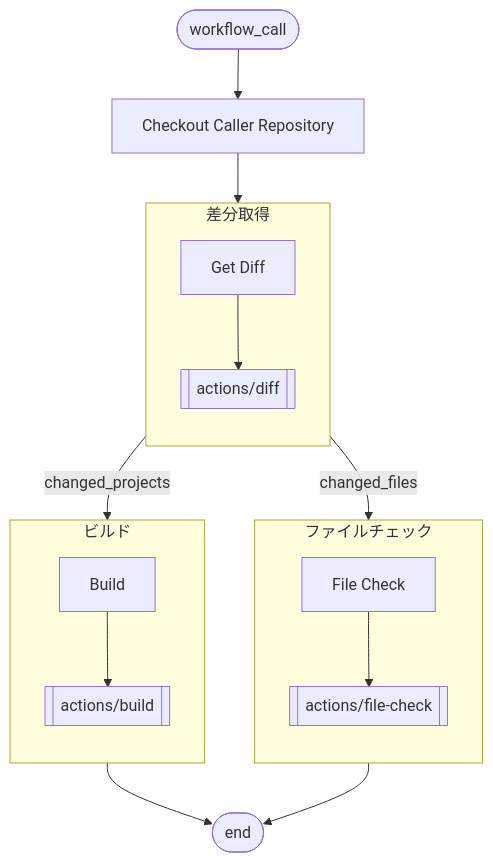
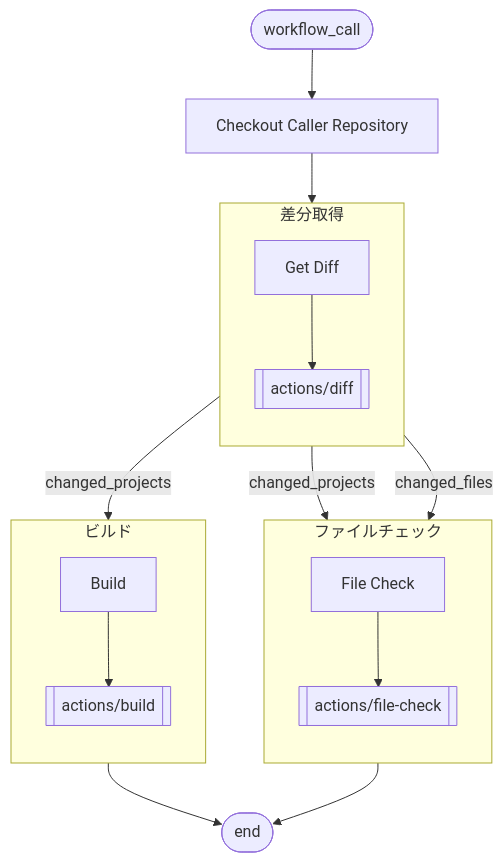
One commit to wiseman-fukushi2-trial/actions changed the diagram in docs/toko/index.md. Above: the diagram before and after it, drawn with Mermaid.

````diff
--- a/docs/toko/index.md
+++ b/docs/toko/index.md
@@ -7,47 +7,52 @@
 ```mermaid
 flowchart TD
     Start([workflow_call])
     Checkout[Checkout Caller Repository]
     
     DiffGroup[差分取得]
     Diff[Get Diff]
     diff[[actions/diff]]
-    click DiffGroup "https://github.com/wiseman-fukushi-dev/rv1.actions/blob/main/.github/workflows/toko.yml#L18" "差分取得"
-    click Diff "https://github.com/wiseman-fukushi-dev/rv1.actions/blob/main/.github/workflows/toko.yml#L18" "Get Diff"
-    click diff "https://github.com/wiseman-fukushi-dev/rv1.actions/tree/main/actions/diff" "actions/diff"
     
     BuildGroup[ビルド]
     Build[Build]
     build[[actions/build]]
     
     FileCheckGroup[ファイルチェック]
     FileCheck[File Check]
     filecheck[[actions/file-check]]
     End([end])
     
     Start --> Checkout
     
     Checkout --> DiffGroup
     
     subgraph DiffGroup[差分取得]
     direction TB
     Diff --> diff
     end
     
     DiffGroup -- changed_projects --> BuildGroup
     
     subgraph BuildGroup[ビルド]
     direction TB
     Build --> build
     end
     
+    DiffGroup -- changed_projects --> FileCheckGroup
     DiffGroup -- changed_files --> FileCheckGroup
     
     subgraph FileCheckGroup[ファイルチェック]
     direction TB
     FileCheck --> filecheck
     end
     
     BuildGroup --> End
     FileCheckGroup --> End
+    
+    click Diff "https://github.com/wiseman-fukushi-dev/rv1.actions/blob/main/.github/workflows/toko.yml#L18" "Get Diff"
+    click diff "https://github.com/wiseman-fukushi-dev/rv1.actions/tree/main/actions/diff" "actions/diff"
+    click Build "https://github.com/wiseman-fukushi-dev/rv1.actions/blob/main/.github/workflows/toko.yml#L23" "Build"
+    click build "https://github.com/wiseman-fukushi-dev/rv1.actions/tree/main/actions/build" "actions/build"
+    click FileCheck "https://github.com/wiseman-fukushi-dev/rv1.actions/blob/main/.github/workflows/toko.yml#L47" "File Check"
+    click filecheck "https://github.com/wiseman-fukushi-dev/rv1.actions/tree/main/actions/file-check" "actions/file-check"
 ```
````
